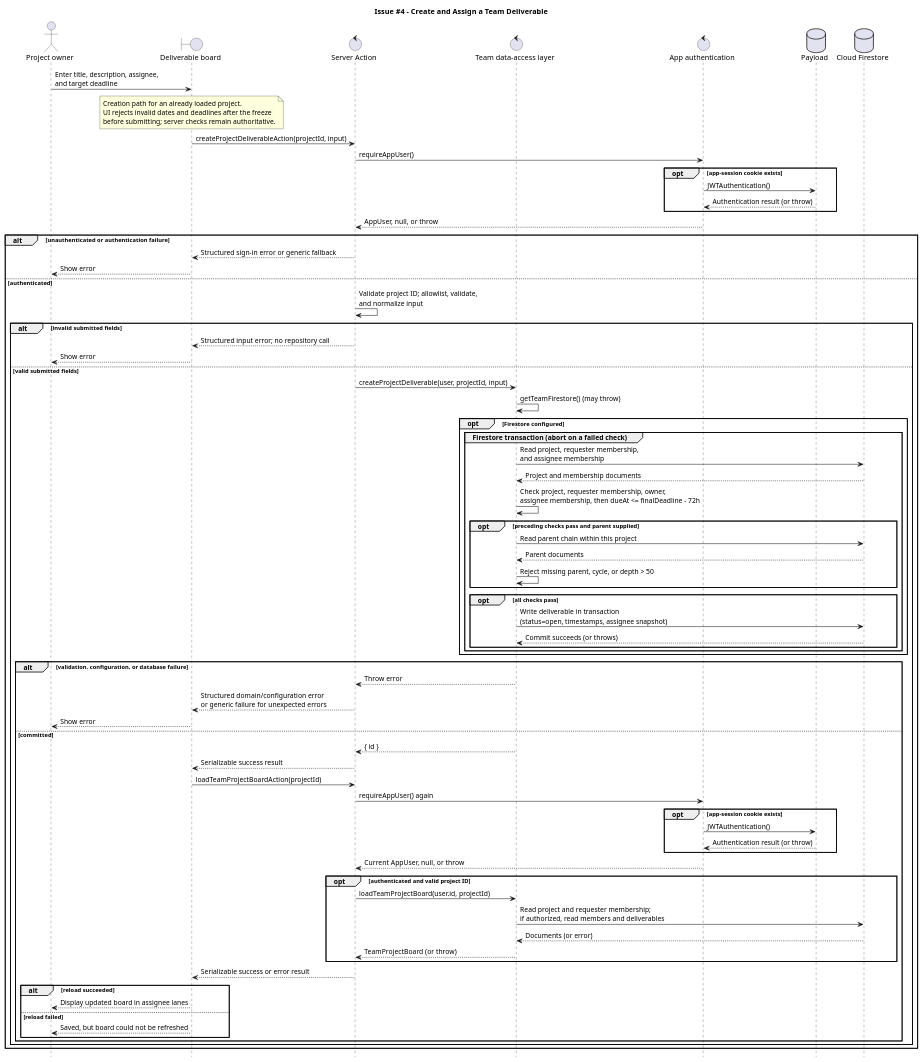
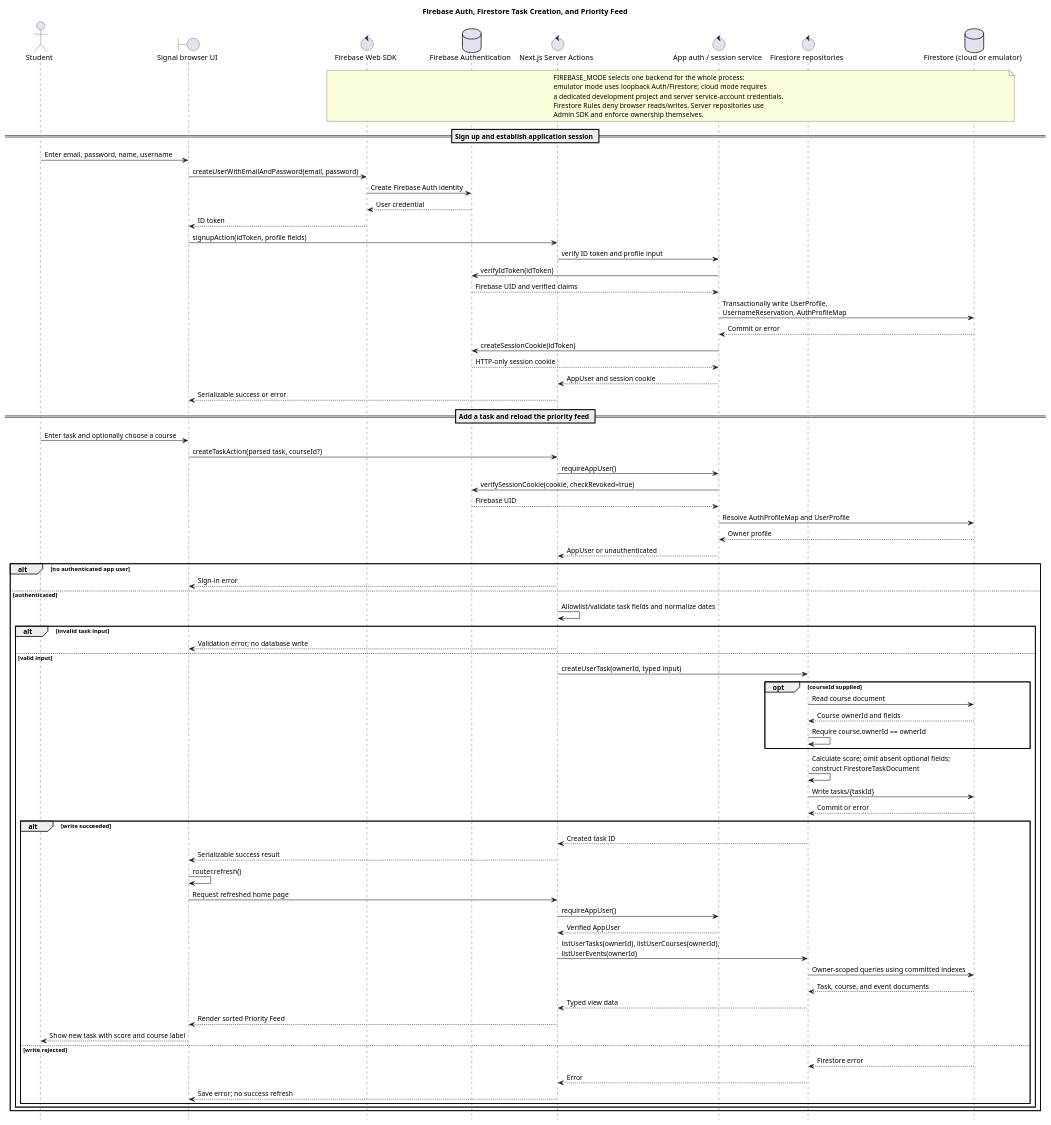
The diagram in docs/uml/team-deliverable-sequence.puml (sai2005-1/AI-AssistedPlanningApp), drawn with PlantUML before and after one commit. The commit also changed 4 other files, not shown here.

Commit message:
Updated uml diagrams to match firebase migration

```diff
--- a/docs/uml/team-deliverable-sequence.puml
+++ b/docs/uml/team-deliverable-sequence.puml
@@ -1,86 +1,86 @@
 @startuml
-title Issue #4 - Create and Assign a Team Deliverable
+title Firebase Auth, Firestore Task Creation, and Priority Feed
 hide footbox
 skinparam shadowing false
 
-actor "Project owner" as Owner
-boundary "Deliverable board" as UI
-control "Server Action" as Action
-control "Team data-access layer" as Store
-control "App authentication" as Auth
-database "Payload" as Payload
-database "Cloud Firestore" as Firestore
+actor Student
+boundary "Signal browser UI" as UI
+control "Firebase Web SDK" as WebSDK
+database "Firebase Authentication" as Auth
+control "Next.js Server Actions" as Actions
+control "App auth / session service" as Session
+control "Firestore repositories" as Repo
+database "Firestore (cloud or emulator)" as Firestore
 
-Owner -> UI: Enter title, description, assignee,\nand target deadline
-note over UI
-  Creation path for an already loaded project.
-  UI rejects invalid dates and deadlines after the freeze
-  before submitting; server checks remain authoritative.
+note over WebSDK,Firestore
+  FIREBASE_MODE selects one backend for the whole process:
+  emulator mode uses loopback Auth/Firestore; cloud mode requires
+  a dedicated development project and server service-account credentials.
+  Firestore Rules deny browser reads/writes. Server repositories use
+  Admin SDK and enforce ownership themselves.
 end note
-UI -> Action: createProjectDeliverableAction(projectId, input)
-Action -> Auth: requireAppUser()
-opt app-session cookie exists
-  Auth -> Payload: JWTAuthentication()
-  Payload --> Auth: Authentication result (or throw)
-end
-Auth --> Action: AppUser, null, or throw
 
-alt unauthenticated or authentication failure
-  Action --> UI: Structured sign-in error or generic fallback
-  UI --> Owner: Show error
+== Sign up and establish application session ==
+Student -> UI: Enter email, password, name, username
+UI -> WebSDK: createUserWithEmailAndPassword(email, password)
+WebSDK -> Auth: Create Firebase Auth identity
+Auth --> WebSDK: User credential
+WebSDK --> UI: ID token
+UI -> Actions: signupAction(idToken, profile fields)
+Actions -> Session: verify ID token and profile input
+Session -> Auth: verifyIdToken(idToken)
+Auth --> Session: Firebase UID and verified claims
+Session -> Firestore: Transactionally write UserProfile,\nUsernameReservation, AuthProfileMap
+Firestore --> Session: Commit or error
+Session -> Auth: createSessionCookie(idToken)
+Auth --> Session: HTTP-only session cookie
+Session --> Actions: AppUser and session cookie
+Actions --> UI: Serializable success or error
+
+== Add a task and reload the priority feed ==
+Student -> UI: Enter task and optionally choose a course
+UI -> Actions: createTaskAction(parsed task, courseId?)
+Actions -> Session: requireAppUser()
+Session -> Auth: verifySessionCookie(cookie, checkRevoked=true)
+Auth --> Session: Firebase UID
+Session -> Firestore: Resolve AuthProfileMap and UserProfile
+Firestore --> Session: Owner profile
+Session --> Actions: AppUser or unauthenticated
+
+alt no authenticated app user
+  Actions --> UI: Sign-in error
 else authenticated
-  Action -> Action: Validate project ID; allowlist, validate,\nand normalize input
-
-  alt invalid submitted fields
-    Action --> UI: Structured input error; no repository call
-    UI --> Owner: Show error
-  else valid submitted fields
-    Action -> Store: createProjectDeliverable(user, projectId, input)
-    Store -> Store: getTeamFirestore() (may throw)
-    opt Firestore configured
-      group Firestore transaction (abort on a failed check)
-        Store -> Firestore: Read project, requester membership,\nand assignee membership
-        Firestore --> Store: Project and membership documents
-        Store -> Store: Check project, requester membership, owner,\nassignee membership, then dueAt <= finalDeadline - 72h
-        opt preceding checks pass and parent supplied
-          Store -> Firestore: Read parent chain within this project
-          Firestore --> Store: Parent documents
-          Store -> Store: Reject missing parent, cycle, or depth > 50
-        end
-        opt all checks pass
-          Store -> Firestore: Write deliverable in transaction\n(status=open, timestamps, assignee snapshot)
-          Firestore --> Store: Commit succeeds (or throws)
-        end
-      end
+  Actions -> Actions: Allowlist/validate task fields and normalize dates
+  alt invalid task input
+    Actions --> UI: Validation error; no database write
+  else valid input
+    Actions -> Repo: createUserTask(ownerId, typed input)
+    opt courseId supplied
+      Repo -> Firestore: Read course document
+      Firestore --> Repo: Course ownerId and fields
+      Repo -> Repo: Require course.ownerId == ownerId
     end
-
-    alt validation, configuration, or database failure
-      Store --> Action: Throw error
-      Action --> UI: Structured domain/configuration error\nor generic failure for unexpected errors
-      UI --> Owner: Show error
-    else committed
-      Store --> Action: { id }
-      Action --> UI: Serializable success result
-      UI -> Action: loadTeamProjectBoardAction(projectId)
-      Action -> Auth: requireAppUser() again
-      opt app-session cookie exists
-        Auth -> Payload: JWTAuthentication()
-        Payload --> Auth: Authentication result (or throw)
-      end
-      Auth --> Action: Current AppUser, null, or throw
-      opt authenticated and valid project ID
-        Action -> Store: loadTeamProjectBoard(user.id, projectId)
-        Store -> Firestore: Read project and requester membership;\nif authorized, read members and deliverables
-        Firestore --> Store: Documents (or error)
-        Store --> Action: TeamProjectBoard (or throw)
-      end
-      Action --> UI: Serializable success or error result
-      alt reload succeeded
-        UI --> Owner: Display updated board in assignee lanes
-      else reload failed
-        UI --> Owner: Saved, but board could not be refreshed
-      end
+    Repo -> Repo: Calculate score; omit absent optional fields;\nconstruct FirestoreTaskDocument
+    Repo -> Firestore: Write tasks/{taskId}
+    Firestore --> Repo: Commit or error
+    alt write succeeded
+      Repo --> Actions: Created task ID
+      Actions --> UI: Serializable success result
+      UI -> UI: router.refresh()
+      UI -> Actions: Request refreshed home page
+      Actions -> Session: requireAppUser()
+      Session --> Actions: Verified AppUser
+      Actions -> Repo: listUserTasks(ownerId), listUserCourses(ownerId),\nlistUserEvents(ownerId)
+      Repo -> Firestore: Owner-scoped queries using committed indexes
+      Firestore --> Repo: Task, course, and event documents
+      Repo --> Actions: Typed view data
+      Actions --> UI: Render sorted Priority Feed
+      UI --> Student: Show new task with score and course label
+    else write rejected
+      Firestore --> Repo: Firestore error
+      Repo --> Actions: Error
+      Actions --> UI: Save error; no success refresh
     end
   end
 end
 @enduml
```
